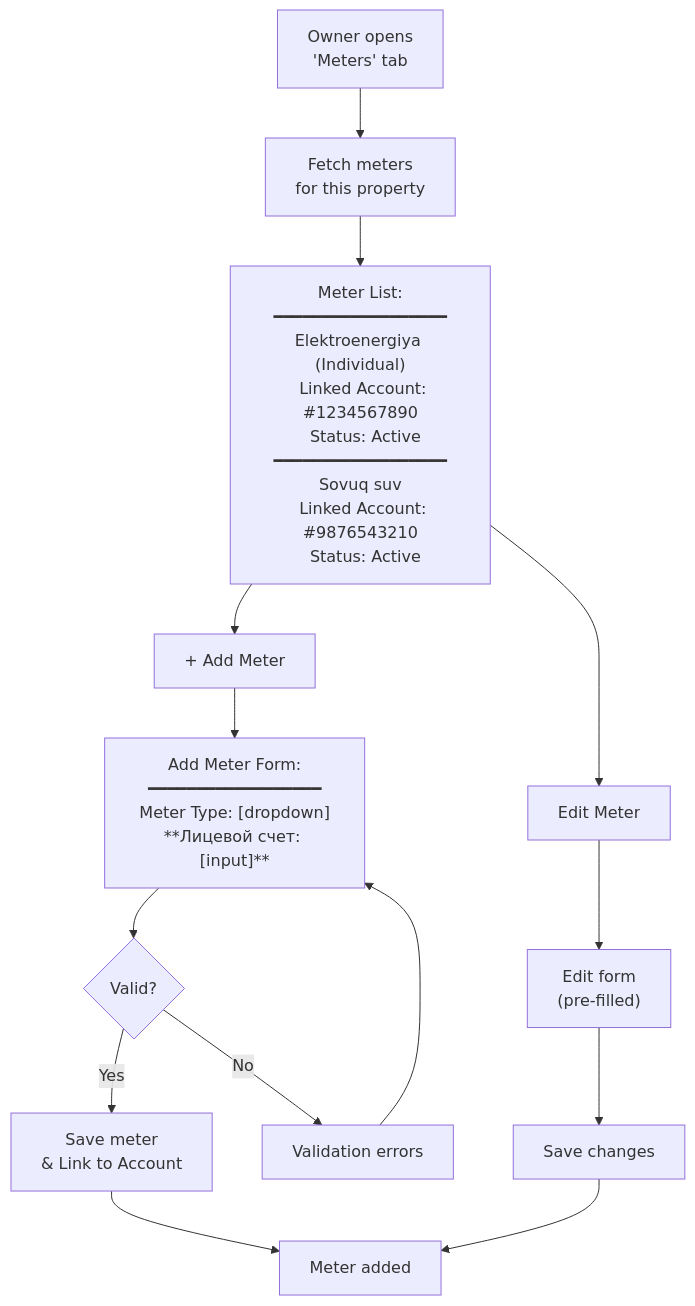
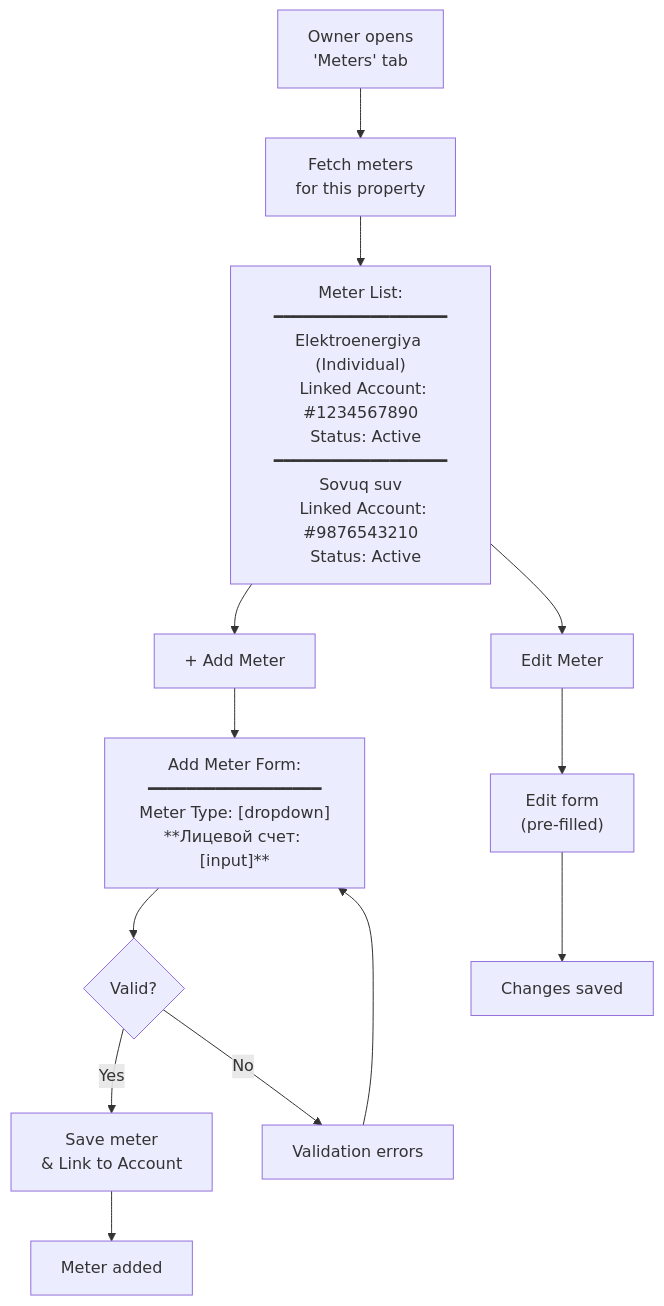
Before and after one commit to saodatm-dev/Utilities---Informational-Architecture: the fourth of 12 diagrams in Utilities - Business Owner.md, drawn with Mermaid. The commit also changed other lines of this file and 1 other file, not shown here.

Commit message:
feat: Add BPMN diagram detailing the Utilities Owner business flow with Owner, System, and Paynet participants.

````diff
--- a/Utilities - Business Owner.md
+++ b/Utilities - Business Owner.md
@@ -119,22 +119,21 @@
 ```mermaid
 flowchart TD
     METERS["Owner opens<br/>'Meters' tab"] --> LIST["Fetch meters<br/>for this property"]
 
     LIST --> VIEW["Meter List:<br/>━━━━━━━━━━━━━━━━━━<br/>Elektroenergiya (Individual)<br/>  Linked Account: #1234567890<br/>  Status: Active<br/>━━━━━━━━━━━━━━━━━━<br/>Sovuq suv<br/>  Linked Account: #9876543210<br/>  Status: Active"]
 
     VIEW --> ADD_BTN["+ Add Meter"]
     VIEW --> EDIT_BTN["Edit Meter"]
 
     ADD_BTN --> ADD_FORM["Add Meter Form:<br/>━━━━━━━━━━━━━━━━━━<br/>Meter Type: [dropdown]<br/>**Лицевой счет: [input]**"]
 
     ADD_FORM --> VALIDATE_FORM{"Valid?"}
     VALIDATE_FORM -->|"Yes"| SAVE["Save meter<br/>& Link to Account"]
     VALIDATE_FORM -->|"No"| ERROR["Validation errors"]
     ERROR --> ADD_FORM
 
     SAVE --> SUCCESS["Meter added"]
 
     EDIT_BTN --> EDIT_FORM["Edit form<br/>(pre-filled)"]
-    EDIT_FORM --> SAVE_EDIT["Save changes"]
-    SAVE_EDIT --> SUCCESS
+    EDIT_FORM --> SAVE_EDIT["Changes saved"]
 ```
````
